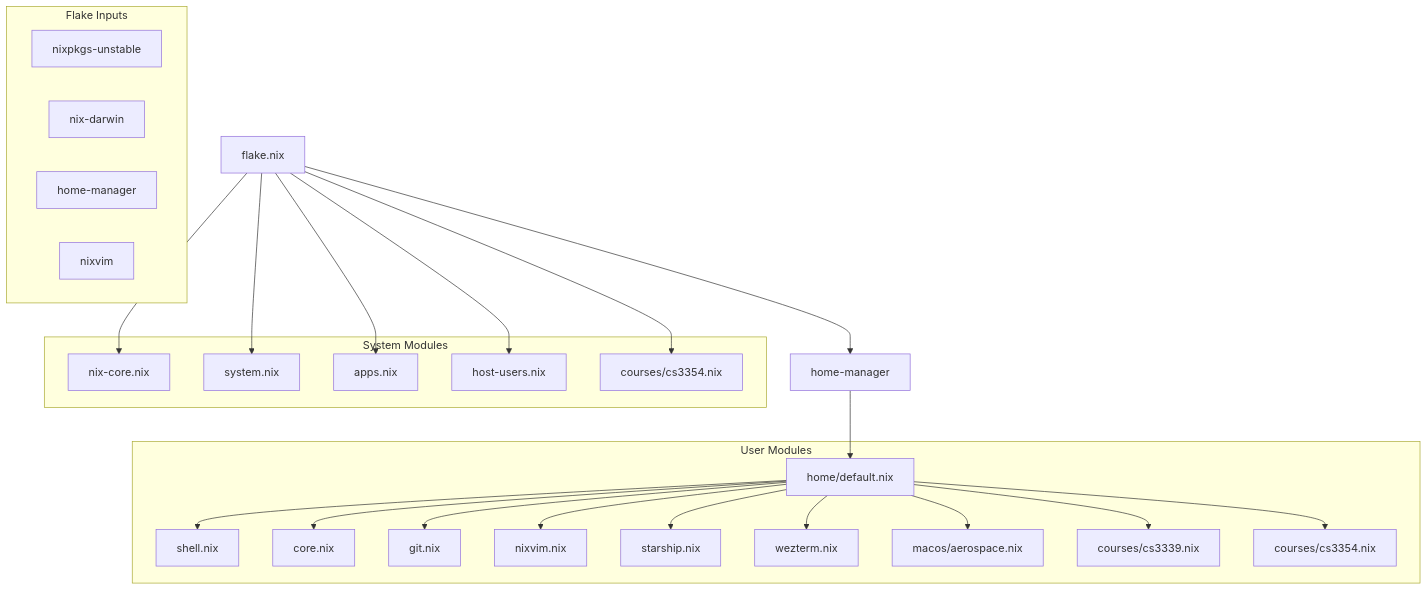
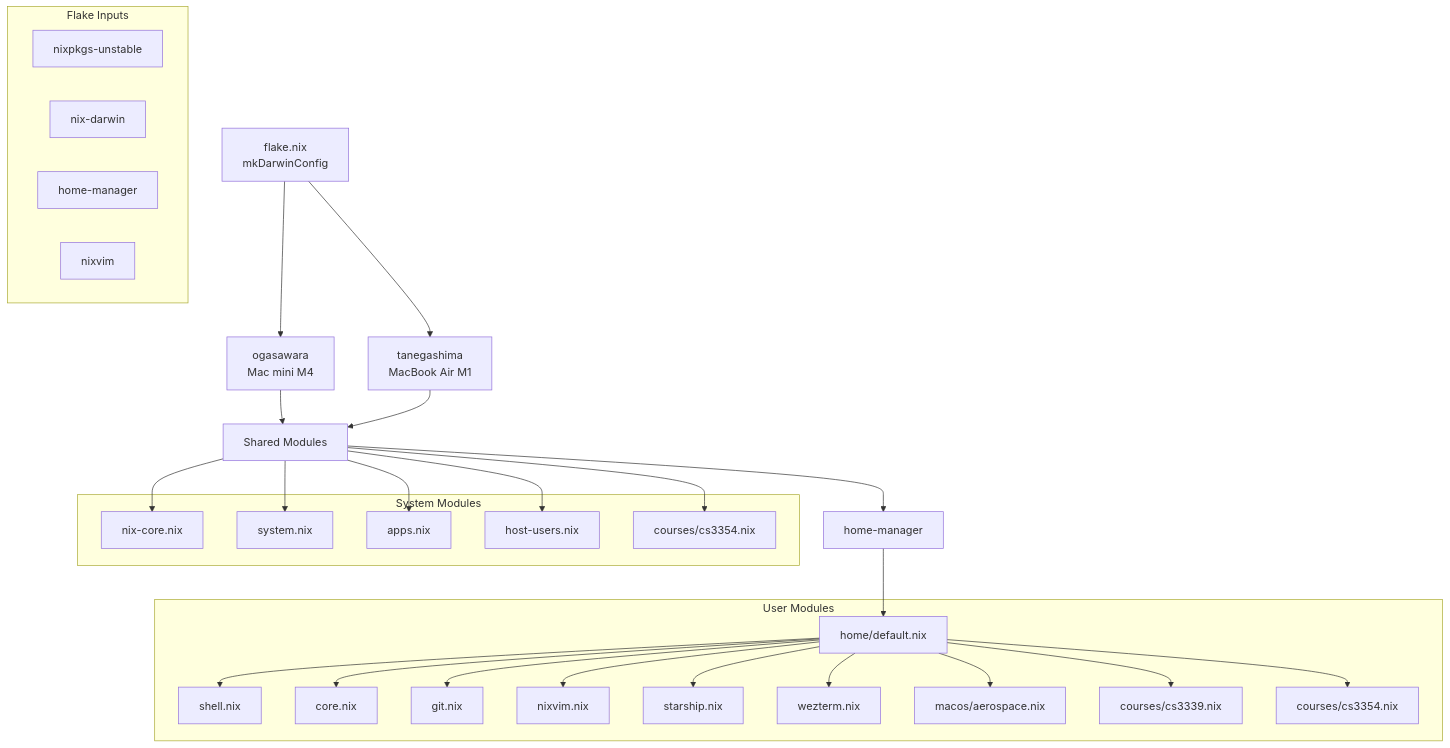
Before and after one commit to MeJamoLeo/nix-darwin-conf: the first of 2 diagrams in README.md, drawn with Mermaid. The commit also changed 1 other file, not shown here.

Commit message:
docs: update for multi-host configuration

````diff
--- a/README.md
+++ b/README.md
@@ -7,48 +7,54 @@
 ```mermaid
 graph TD
-    flake["flake.nix"] --> nix-core["nix-core.nix"]
-    flake --> system["system.nix"]
-    flake --> apps["apps.nix"]
-    flake --> host-users["host-users.nix"]
-    flake --> mod-cs3354["courses/cs3354.nix"]
-    flake --> hm["home-manager"]
+    flake["flake.nix<br/>mkDarwinConfig"] --> ogasawara["ogasawara<br/>Mac mini M4"]
+    flake --> tanegashima["tanegashima<br/>MacBook Air M1"]
+
+    ogasawara --> modules["Shared Modules"]
+    tanegashima --> modules
+
+    modules --> nix-core["nix-core.nix"]
+    modules --> system["system.nix"]
+    modules --> apps["apps.nix"]
+    modules --> host-users["host-users.nix"]
+    modules --> mod-cs3354["courses/cs3354.nix"]
+    modules --> hm["home-manager"]
 
     hm --> home-default["home/default.nix"]
     home-default --> shell["shell.nix"]
     home-default --> core["core.nix"]
     home-default --> git["git.nix"]
     home-default --> nixvim["nixvim.nix"]
     home-default --> starship["starship.nix"]
     home-default --> wezterm["wezterm.nix"]
     home-default --> aerospace["macos/aerospace.nix"]
     home-default --> cs3339["courses/cs3339.nix"]
     home-default --> cs3354["courses/cs3354.nix"]
 
     subgraph "Flake Inputs"
         nixpkgs-unstable
         nix-darwin
         hm-input["home-manager"]
         nixvim-input["nixvim"]
     end
 
     subgraph "System Modules"
         nix-core
         system
         apps
         host-users
         mod-cs3354
     end
 
     subgraph "User Modules"
         home-default
         shell
         core
         git
         nixvim
         starship
         wezterm
         aerospace
         cs3339
         cs3354
     end
 ```
````
